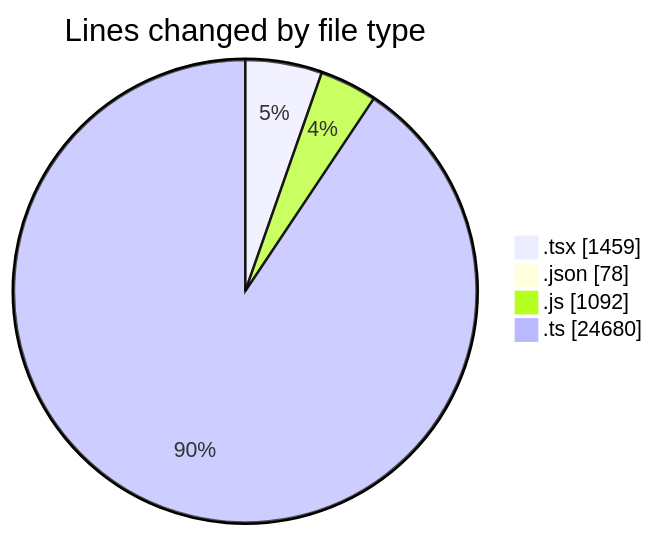
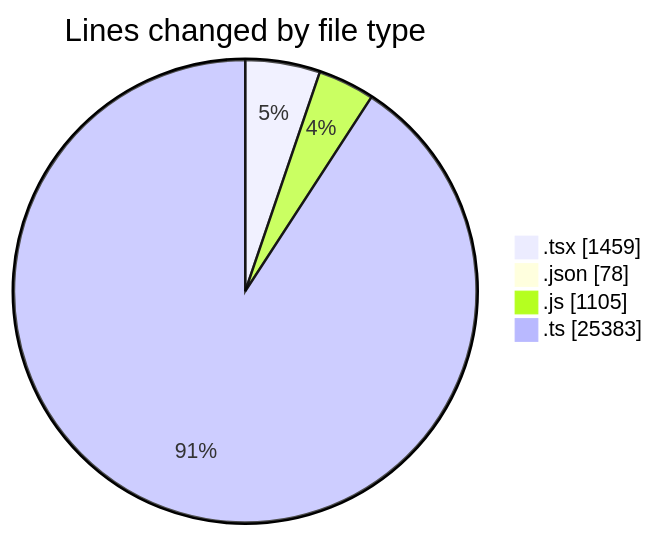
Before and after one commit to momahboobian/code-tracking: the first of 2 diagrams in 2026-10-19/cda/README.md, drawn with Mermaid. The commit also changed other lines of this file and 1 other file, not shown here.

````diff
--- a/2026-10-19/cda/README.md
+++ b/2026-10-19/cda/README.md
@@ -31,8 +32,8 @@
 ```mermaid
 pie showData
 title Lines changed by file type
 ".tsx" : 1459
 ".json" : 78
-".js" : 1092
-".ts" : 24680
+".js" : 1105
+".ts" : 25383
 ```
````
